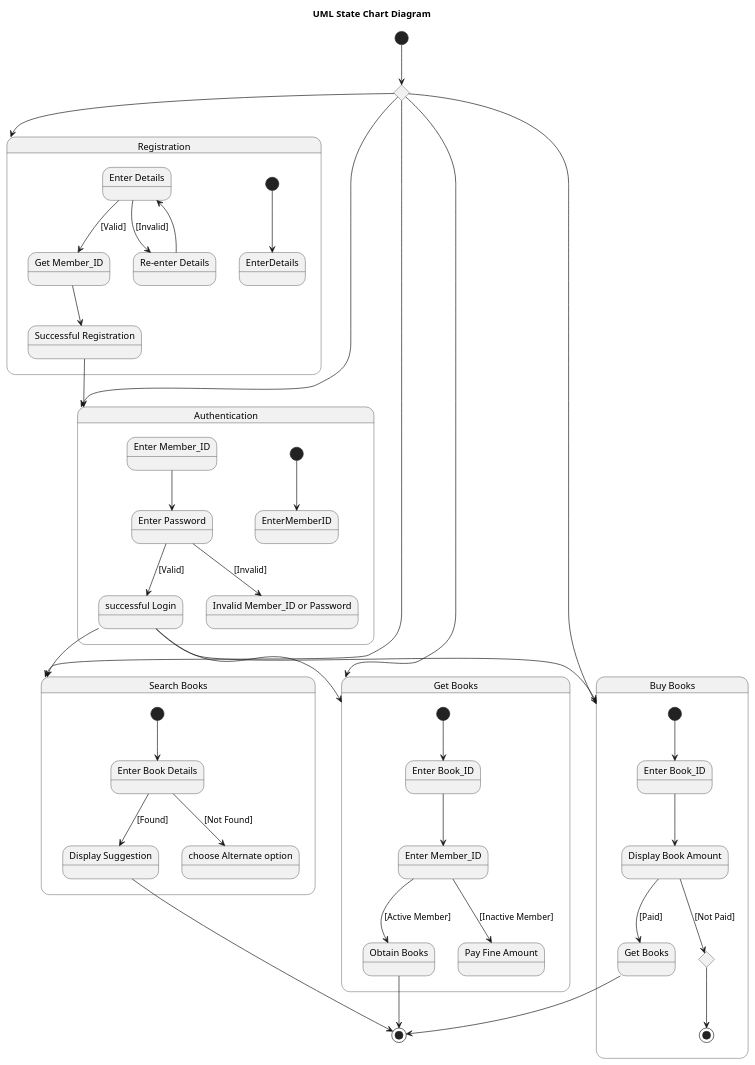
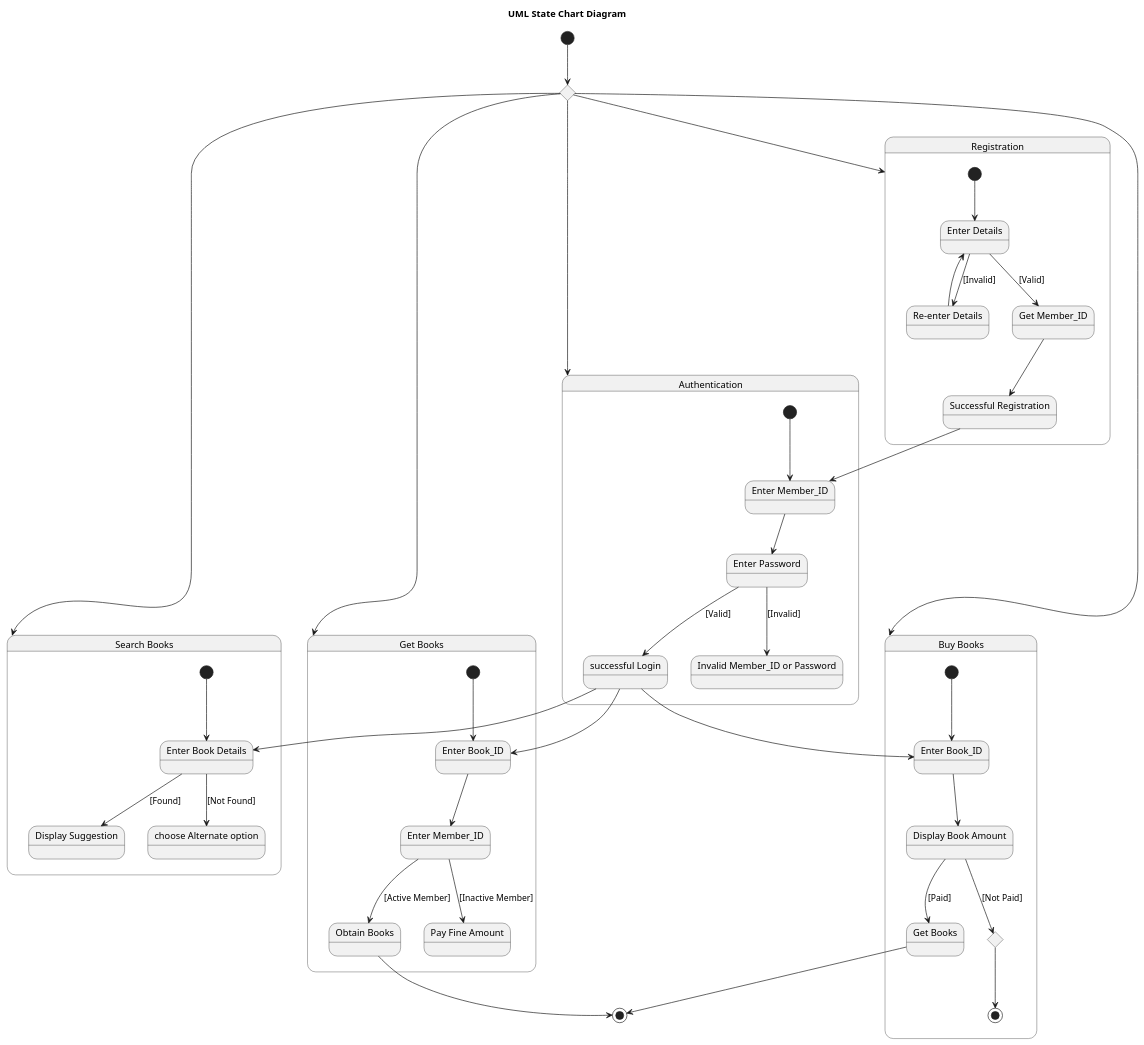
One commit to maimunafaria/State_transition_Diagram_generated_by_LLM changed the diagram in dataset/case_36_book_bank_management_system/diagram.puml. Above: the diagram before and after it, drawn with PlantUML. The commit also changed 17 other files, not shown here.

```diff
--- a/dataset/case_36_book_bank_management_system/diagram.puml
+++ b/dataset/case_36_book_bank_management_system/diagram.puml
@@ -1,111 +1,88 @@
 @startuml
 title UML State Chart Diagram
 
-' =========================
-' Top-level start
-' =========================
-state StartChoice <<choice>>
-[*] --> StartChoice
-
-StartChoice --> Registration
-StartChoice --> Authentication
-StartChoice --> SearchBooks
-StartChoice --> GetBooksState
-StartChoice --> BuyBooks
-
-' =========================
-' Registration
-' =========================
 state "Registration" as Registration {
-  [*] --> EnterDetails
+  [*] --> RegEnterDetails
 
   state "Enter Details" as RegEnterDetails
   state "Get Member_ID" as GetMemberID
   state "Successful Registration" as SuccessfulRegistration
   state "Re-enter Details" as ReEnterDetails
 
   RegEnterDetails --> GetMemberID : [Valid]
   RegEnterDetails --> ReEnterDetails : [Invalid]
   ReEnterDetails --> RegEnterDetails
   GetMemberID --> SuccessfulRegistration
 }
 
-' =========================
-' Authentication
-' =========================
 state "Authentication" as Authentication {
-  [*] --> EnterMemberID
+  [*] --> AuthEnterMemberID
 
   state "Enter Member_ID" as AuthEnterMemberID
   state "Enter Password" as EnterPassword
   state "successful Login" as SuccessfulLogin
   state "Invalid Member_ID or Password" as InvalidCreds
 
   AuthEnterMemberID --> EnterPassword
   EnterPassword --> SuccessfulLogin : [Valid]
   EnterPassword --> InvalidCreds : [Invalid]
 }
 
-SuccessfulRegistration --> Authentication
-
-' =========================
-' Search Books
-' =========================
 state "Search Books" as SearchBooks {
   [*] --> EnterBookDetails
 
   state "Enter Book Details" as EnterBookDetails
   state "Display Suggestion" as DisplaySuggestion
   state "choose Alternate option" as ChooseAlternate
 
   EnterBookDetails --> DisplaySuggestion : [Found]
   EnterBookDetails --> ChooseAlternate : [Not Found]
 }
 
-SuccessfulLogin --> SearchBooks
+state "Get Books" as GetBooksState {
+  [*] --> GetEnterBookID
 
-' =========================
-' Get Books
-' =========================
-state "Get Books" as GetBooksState {
-  [*] --> EnterBookID_Get
-
-  state "Enter Book_ID" as EnterBookID_Get
+  state "Enter Book_ID" as GetEnterBookID
   state "Enter Member_ID" as GetEnterMemberID
   state "Obtain Books" as ObtainBooks
   state "Pay Fine Amount" as PayFineAmount
 
-  EnterBookID_Get --> GetEnterMemberID
+  GetEnterBookID --> GetEnterMemberID
   GetEnterMemberID --> ObtainBooks : [Active Member]
   GetEnterMemberID --> PayFineAmount : [Inactive Member]
 }
 
-SuccessfulLogin --> GetBooksState
+state "Buy Books" as BuyBooks {
+  [*] --> BuyEnterBookID
 
-' =========================
-' Buy Books
-' =========================
-state "Buy Books" as BuyBooks {
-  [*] --> EnterBookID_Buy
-
-  state "Enter Book_ID" as EnterBookID_Buy
+  state "Enter Book_ID" as BuyEnterBookID
   state "Display Book Amount" as DisplayBookAmount
   state "Get Books" as BuyGetBooks
-  state NotPaidEnd <<choice>>
+  state BuyNotPaidEnd <<choice>>
 
-  EnterBookID_Buy --> DisplayBookAmount
+  BuyEnterBookID --> DisplayBookAmount
   DisplayBookAmount --> BuyGetBooks : [Paid]
-  DisplayBookAmount --> NotPaidEnd : [Not Paid]
-  NotPaidEnd --> [*]
+  DisplayBookAmount --> BuyNotPaidEnd : [Not Paid]
+  BuyNotPaidEnd --> [*]
 }
 
-SuccessfulLogin --> BuyBooks
+state StartJoin <<choice>>
 
-' =========================
-' Finals
-' =========================
-DisplaySuggestion --> [*]
+[*] --> StartJoin
+StartJoin --> Registration
+StartJoin --> Authentication
+StartJoin --> SearchBooks
+StartJoin --> GetBooksState
+StartJoin --> BuyBooks
+
+SuccessfulRegistration --> AuthEnterMemberID
+
+SuccessfulLogin --> EnterBookDetails
+SuccessfulLogin --> GetEnterBookID
+SuccessfulLogin --> BuyEnterBookID
+
+
 ObtainBooks --> [*]
 BuyGetBooks --> [*]
 
 @enduml
```
